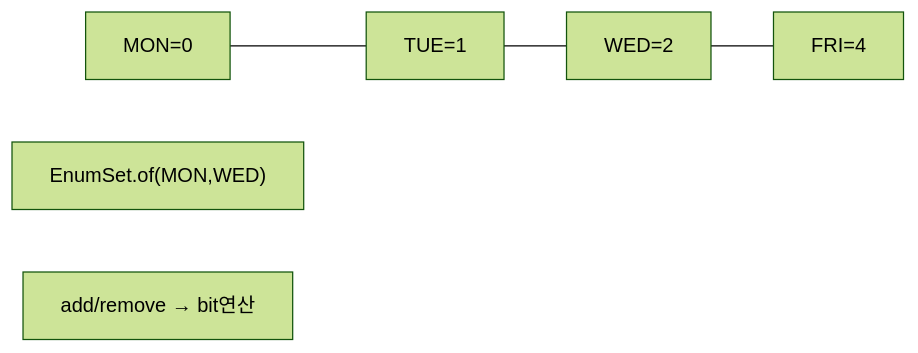
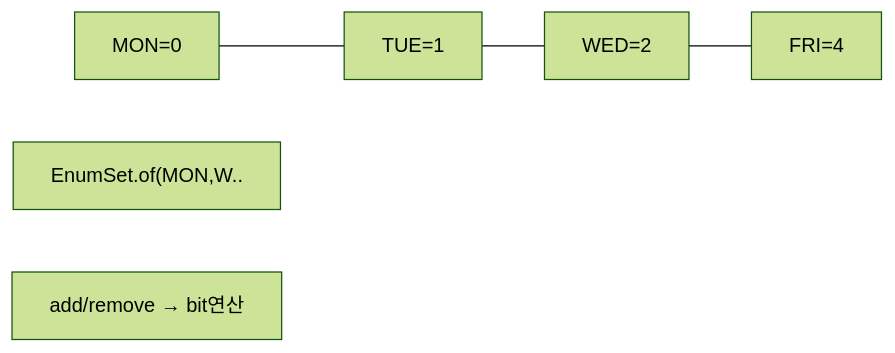
Before and after one commit to yjkim2015/yjkim2015.github.io: the tenth of 21 diagrams in _posts/java/2026-05-01-java-collections.md, drawn with Mermaid (forest theme). The commit also changed other lines of this file and 149 other files, not shown here.

First line of the commit message:
Mermaid 가독성 개선: 라벨 축약, 노드 축소, TD→LR 변환

````diff
--- a/_posts/java/2026-05-01-java-collections.md
+++ b/_posts/java/2026-05-01-java-collections.md
@@ -408,6 +402,6 @@
 ```mermaid
 graph LR
     MON["MON=0"] --- TUE["TUE=1"] --- WED["WED=2"] --- FRI["FRI=4"]
-    MASK["EnumSet.of(MON,WED)"]
+    MASK["EnumSet.of(MON,W.."]
     OPS["add/remove → bit연산"]
 ```
````
